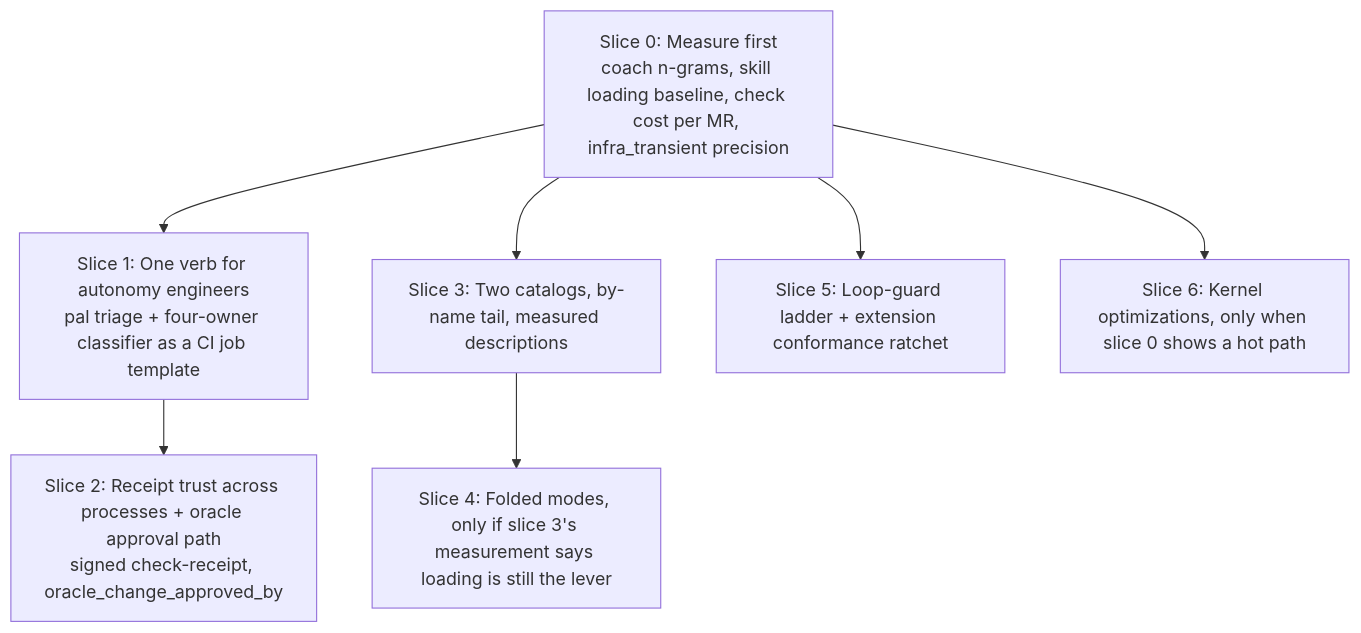
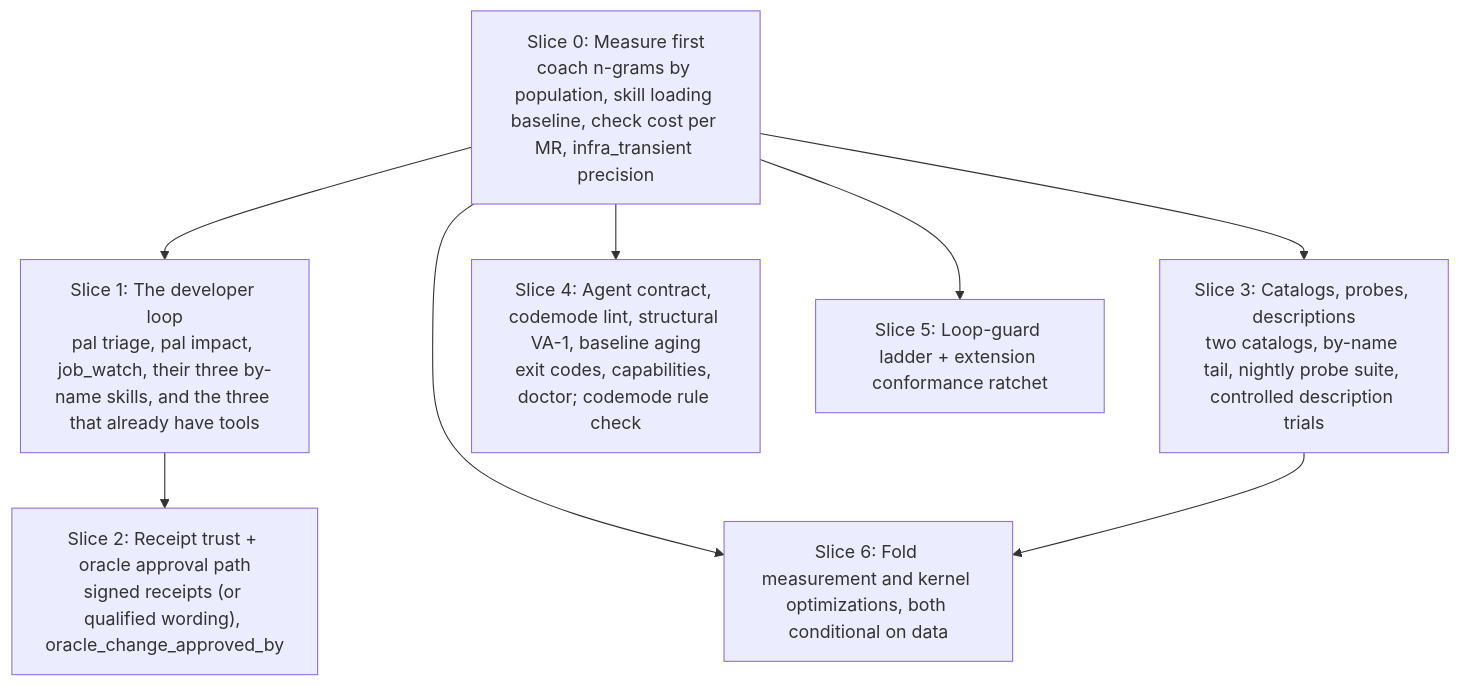
One commit to boshu2/agentops changed the diagram in docs/upgrade-packets/2026-unified-harness-patterns/07-design-review-lessons-applied-and-revised-roadmap.md. Above: the diagram before and after it, drawn with Mermaid. The commit also changed other lines of this file and 6 other files, not shown here.

````diff
--- a/docs/upgrade-packets/2026-unified-harness-patterns/07-design-review-lessons-applied-and-revised-roadmap.md
+++ b/docs/upgrade-packets/2026-unified-harness-patterns/07-design-review-lessons-applied-and-revised-roadmap.md
@@ -193,14 +239,16 @@
 ```mermaid
 flowchart TD
-    S0["Slice 0: Measure first<br/>coach n-grams, skill loading baseline, check cost per MR, infra_transient precision"]
-    S1["Slice 1: One verb for autonomy engineers<br/>pal triage + four-owner classifier as a CI job template"]
-    S2["Slice 2: Receipt trust across processes + oracle approval path<br/>signed check-receipt, oracle_change_approved_by"]
-    S3["Slice 3: Two catalogs, by-name tail, measured descriptions"]
-    S4["Slice 4: Folded modes, only if slice 3's measurement says loading is still the lever"]
+    S0["Slice 0: Measure first<br/>coach n-grams by population, skill loading baseline, check cost per MR, infra_transient precision"]
+    S1["Slice 1: The developer loop<br/>pal triage, pal impact, job_watch, their three by-name skills, and the three that already have tools"]
+    S2["Slice 2: Receipt trust + oracle approval path<br/>signed receipts (or qualified wording), oracle_change_approved_by"]
+    S3["Slice 3: Catalogs, probes, descriptions<br/>two catalogs, by-name tail, nightly probe suite, controlled description trials"]
+    S4["Slice 4: Agent contract, codemode lint, structural VA-1, baseline aging<br/>exit codes, capabilities, doctor; codemode rule check"]
     S5["Slice 5: Loop-guard ladder + extension conformance ratchet"]
-    S6["Slice 6: Kernel optimizations, only when slice 0 shows a hot path"]
+    S6["Slice 6: Fold measurement and kernel optimizations, both conditional on data"]
     S0 --> S1 --> S2
-    S0 --> S3 --> S4
+    S0 --> S3
+    S0 --> S4
     S0 --> S5
     S0 --> S6
+    S3 --> S6
 ```
````
